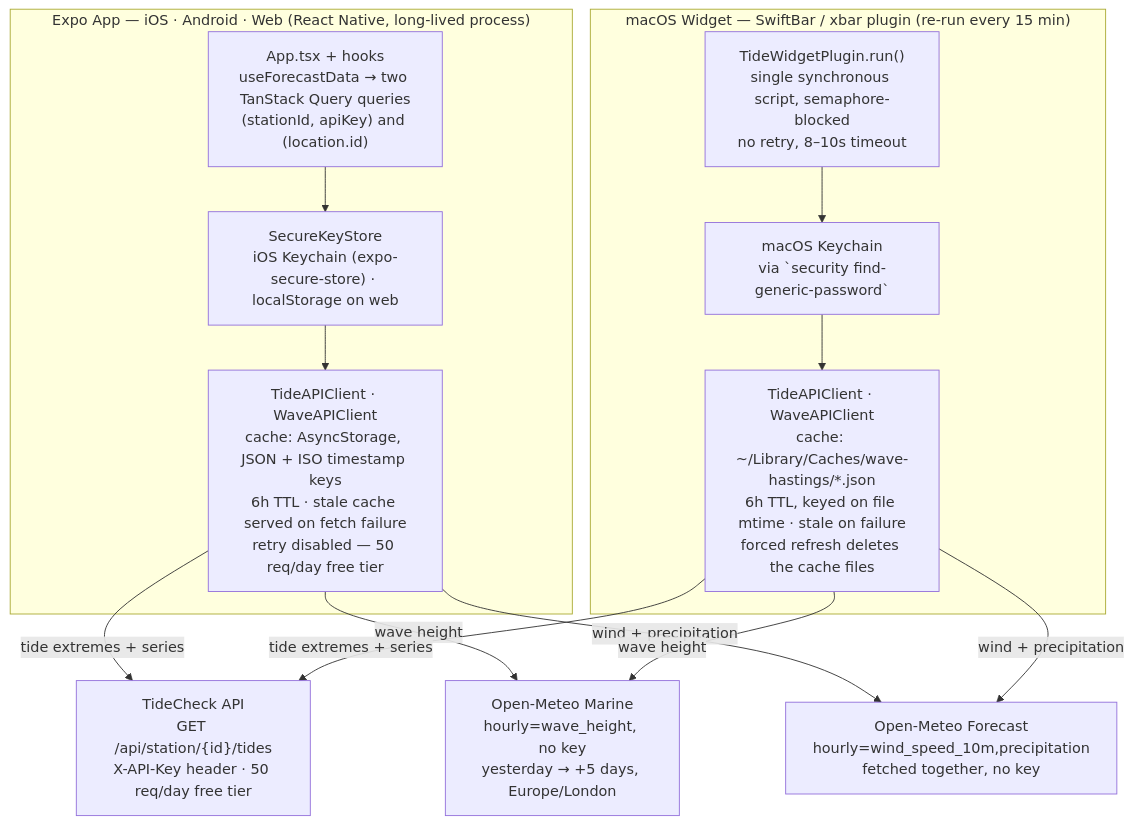
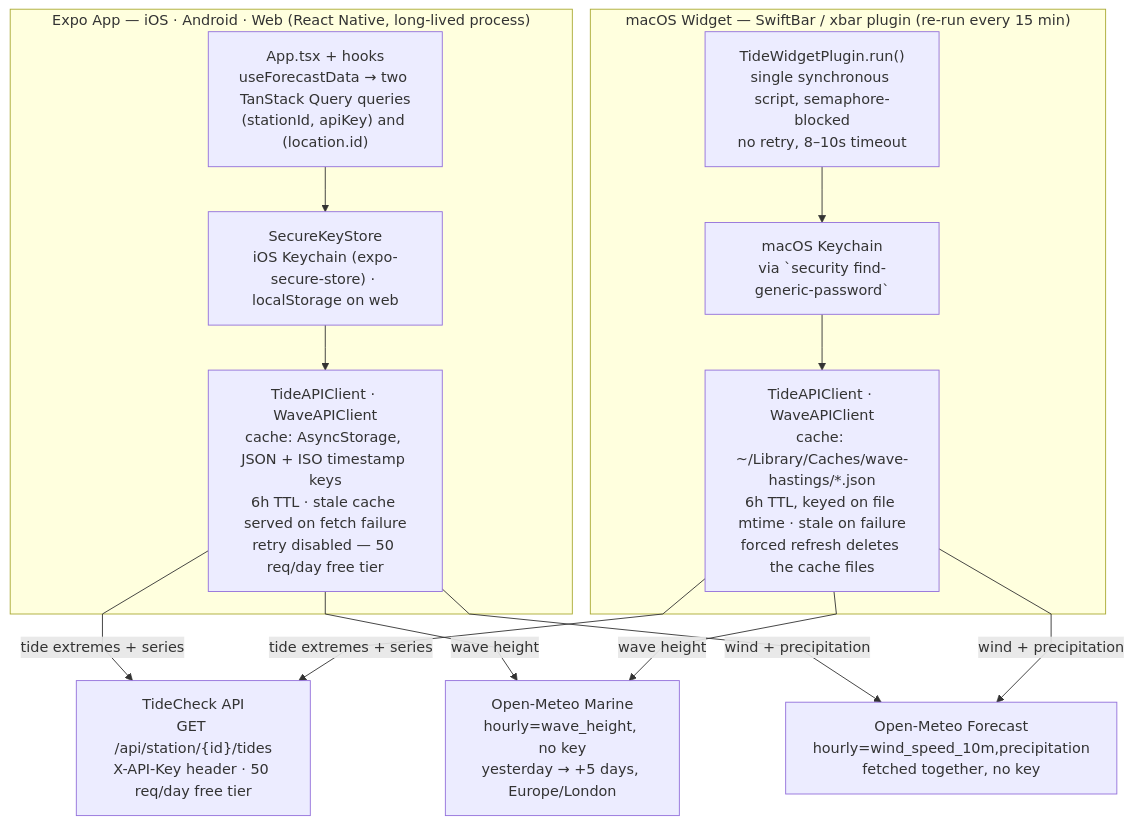
One commit to raffij/waves changed the diagram in docs/architecture.md. Above: the diagram before and after it, drawn with Mermaid. The commit also changed other lines of this file, not shown here.

First line of the commit message:
Straighten diagram edges and clean up doc formatting

````diff
--- a/docs/architecture.md
+++ b/docs/architecture.md
@@ -17,27 +24,28 @@
 ```mermaid
+%%{init: {"flowchart": {"curve": "linear"}}}%%
 flowchart TB
     subgraph expo["Expo App — iOS · Android · Web (React Native, long-lived process)"]
         expoUI["App.tsx + hooks<br/>useForecastData → two TanStack Query queries<br/>(stationId, apiKey) and (location.id)"]
         expoKey["SecureKeyStore<br/>iOS Keychain (expo-secure-store) · localStorage on web"]
         expoClient["TideAPIClient · WaveAPIClient<br/>cache: AsyncStorage, JSON + ISO timestamp keys<br/>6h TTL · stale cache served on fetch failure<br/>retry disabled — 50 req/day free tier"]
         expoUI --> expoKey --> expoClient
     end
 
     subgraph widget["macOS Widget — SwiftBar / xbar plugin (re-run every 15 min)"]
         widgetUI["TideWidgetPlugin.run()<br/>single synchronous script, semaphore-blocked<br/>no retry, 8–10s timeout"]
         widgetKey["macOS Keychain<br/>via `security find-generic-password`"]
         widgetClient["TideAPIClient · WaveAPIClient<br/>cache: ~/Library/Caches/wave-hastings/*.json<br/>6h TTL, keyed on file mtime · stale on failure<br/>forced refresh deletes the cache files"]
         widgetUI --> widgetKey --> widgetClient
     end
 
     tideAPI["TideCheck API<br/>GET /api/station/{id}/tides<br/>X-API-Key header · 50 req/day free tier"]
     marineAPI["Open-Meteo Marine<br/>hourly=wave_height, no key<br/>yesterday → +5 days, Europe/London"]
     forecastAPI["Open-Meteo Forecast<br/>hourly=wind_speed_10m,precipitation<br/>fetched together, no key"]
 
     expoClient -->|tide extremes + series| tideAPI
     expoClient -->|wave height| marineAPI
     expoClient -->|wind + precipitation| forecastAPI
     widgetClient -->|tide extremes + series| tideAPI
     widgetClient -->|wave height| marineAPI
     widgetClient -->|wind + precipitation| forecastAPI
 ```
````
